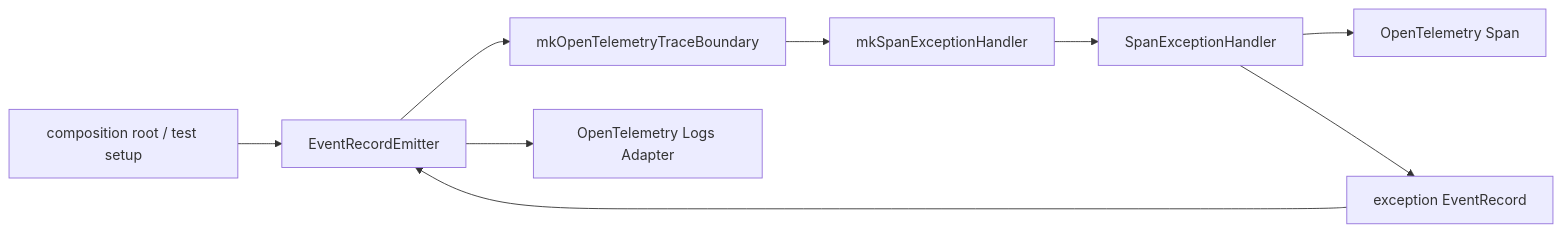
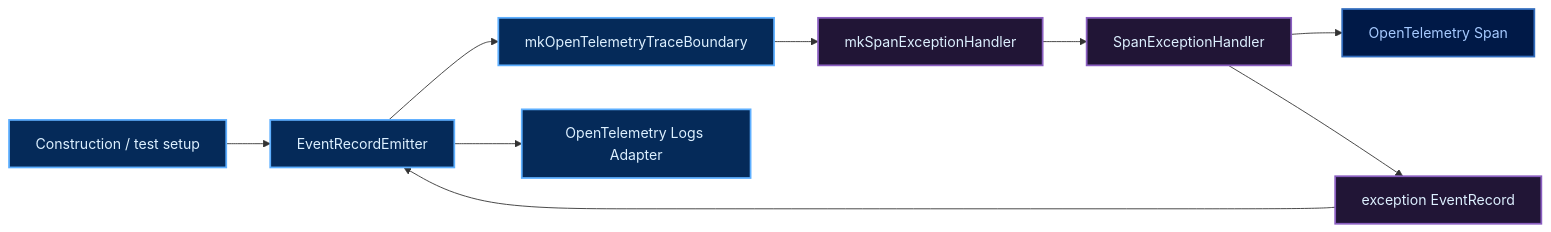
Before and after one commit to takashit16833/Workbench: the fourth of 4 diagrams in Notes/RAGScope/RAGScopeアプリケーション/RAGScopeアプリケーション Haskellライブラリ・モジュールマップ.md, drawn with Mermaid. The commit also changed other lines of this file, not shown here.

````diff
--- a/Notes/RAGScope/RAGScopeアプリケーション/RAGScopeアプリケーション Haskellライブラリ・モジュールマップ.md
+++ b/Notes/RAGScope/RAGScopeアプリケーション/RAGScopeアプリケーション Haskellライブラリ・モジュールマップ.md
@@ -71,20 +174,28 @@
 ```mermaid
 flowchart LR
-  caller["composition root / test setup"]
+  caller["Construction / test setup"]
   emitter["EventRecordEmitter"]
   mkTrace["mkOpenTelemetryTraceBoundary"]
   mkHandler["mkSpanExceptionHandler"]
   handler["SpanExceptionHandler"]
   span["OpenTelemetry Span"]
   event["exception EventRecord"]
   logs["OpenTelemetry Logs Adapter"]
 
   caller --> emitter
   emitter --> mkTrace
   mkTrace --> mkHandler
   mkHandler --> handler
   handler --> span
   handler --> event
   event --> emitter
   emitter --> logs
+
+  classDef public fill:#052A59,stroke:#5EAFFF,color:#DDF0FF,stroke-width:2px
+  classDef private fill:#211536,stroke:#8A5EC0,color:#DDF0FF,stroke-width:2px
+  classDef external fill:#001947,stroke:#316CBD,color:#A6CAFF,stroke-width:2px
+
+  class caller,emitter,mkTrace,logs public
+  class mkHandler,handler,event private
+  class span external
 ```
````
